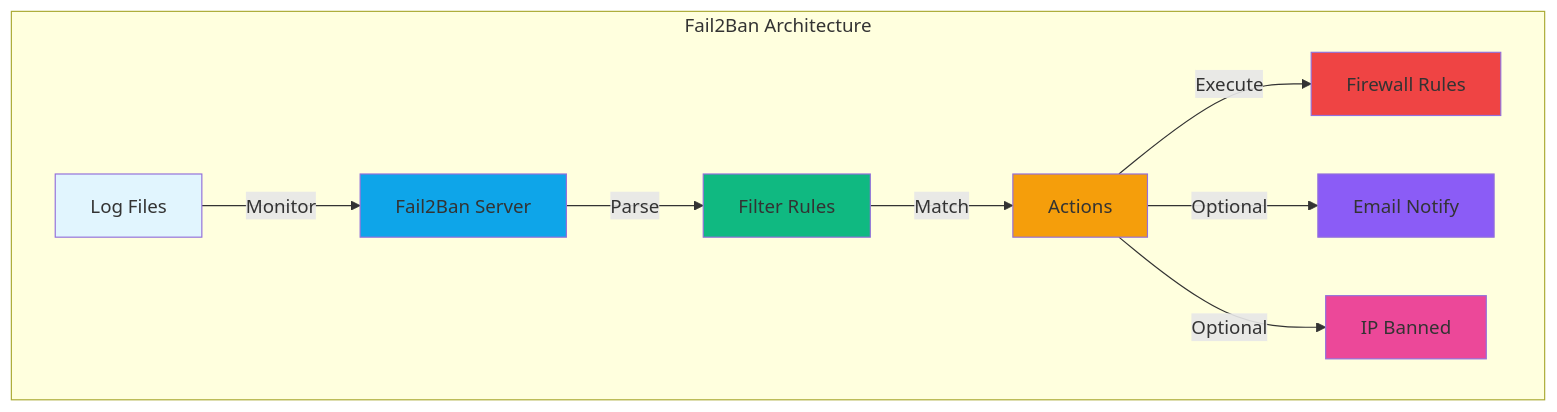
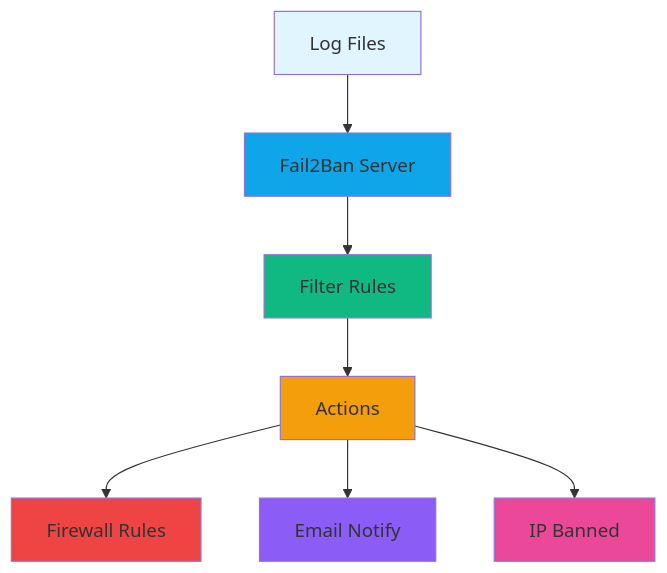
The first of 8 diagrams in docs/use-cases/fail2ban-opencloudos.md (fanani-radian/openclaw-sumopod), drawn with Mermaid before and after one commit. The commit also changed other lines of this file, not shown here.

First line of the commit message:
fix(fail2ban): Fix Mermaid diagram syntax for GitHub rendering

````diff
--- a/docs/use-cases/fail2ban-opencloudos.md
+++ b/docs/use-cases/fail2ban-opencloudos.md
@@ -45,19 +45,17 @@
 ```mermaid
 graph TB
-    subgraph "Fail2Ban Architecture"
-        A[Log Files] -->|Monitor| B[Fail2Ban Server]
-        B -->|Parse| C[Filter Rules]
-        C -->|Match| D[Actions]
-        D -->|Execute| E[Firewall Rules]
-        D -->|Optional| F[Email Notify]
-        D -->|Optional| G[IP Banned]
-        
-        style A fill:#e1f5fe
-        style B fill:#0ea5e9
-        style C fill:#10b981
-        style D fill:#f59e0b
-        style E fill:#ef4444
-        style F fill:#8b5cf6
-        style G fill:#ec4899
-    end
+    A[Log Files] --> B[Fail2Ban Server]
+    B --> C[Filter Rules]
+    C --> D[Actions]
+    D --> E[Firewall Rules]
+    D --> F[Email Notify]
+    D --> G[IP Banned]
+    
+    style A fill:#e1f5fe
+    style B fill:#0ea5e9
+    style C fill:#10b981
+    style D fill:#f59e0b
+    style E fill:#ef4444
+    style F fill:#8b5cf6
+    style G fill:#ec4899
 ```
````
